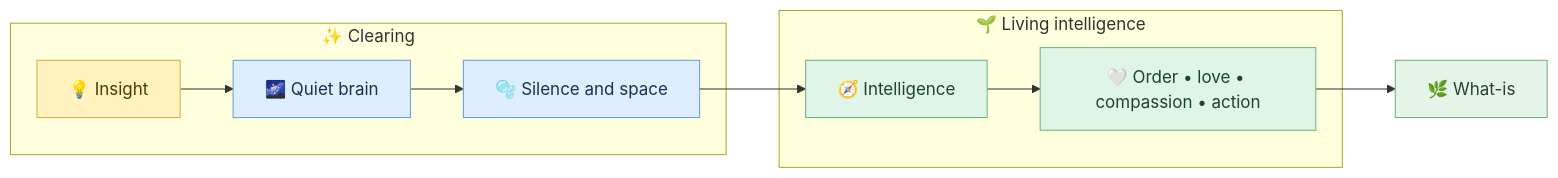
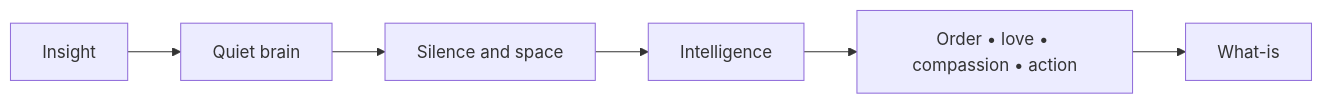
The eighth of 8 diagrams in _posts/2026-09-08-architecture-of-the-mind-krishnamurti.md (enogrob/enogrob.github.io), drawn with Mermaid before and after one commit. The commit also changed other lines of this file and 3 other files, not shown here.

````diff
--- a/_posts/2026-09-08-architecture-of-the-mind-krishnamurti.md
+++ b/_posts/2026-09-08-architecture-of-the-mind-krishnamurti.md
@@ -425,23 +217,8 @@
 ```mermaid!
 flowchart LR
-    subgraph CLEARING["✨ Clearing"]
-      I["💡 Insight"] --> Q["🌌 Quiet brain"]
-      Q --> S["🫧 Silence and space"]
-    end
-
-    subgraph LIVING["🌱 Living intelligence"]
-      S --> N["🧭 Intelligence"]
-      N --> A["🤍 Order • love • compassion • action"]
-    end
-
-    A --> W["🌿 What-is"]
-
-    classDef insight fill:#fff2bf,stroke:#d6ae45,color:#4b3b08
-    classDef silence fill:#dceeff,stroke:#6b9fd1,color:#18344d
-    classDef intelligence fill:#dff5e8,stroke:#6eb58a,color:#1c4430
-    classDef fact fill:#e5f4e9,stroke:#77ad87,color:#24452d
-    class I insight
-    class Q,S silence
-    class N,A intelligence
-    class W fact
+    I["Insight"] --> Q["Quiet brain"]
+    Q --> S["Silence and space"]
+    S --> N["Intelligence"]
+    N --> A["Order • love • compassion • action"]
+    A --> W["What-is"]
 ```
````
